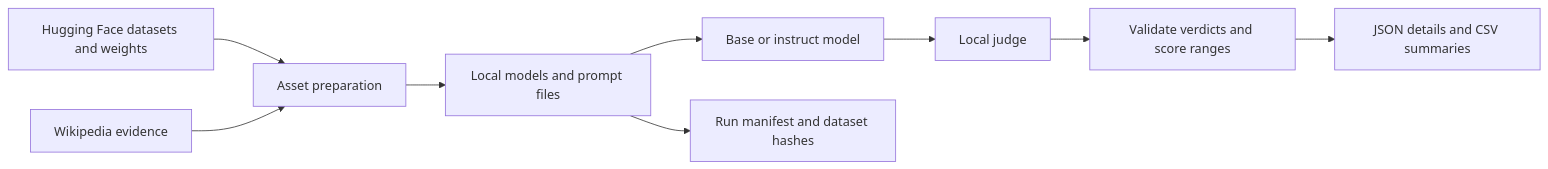
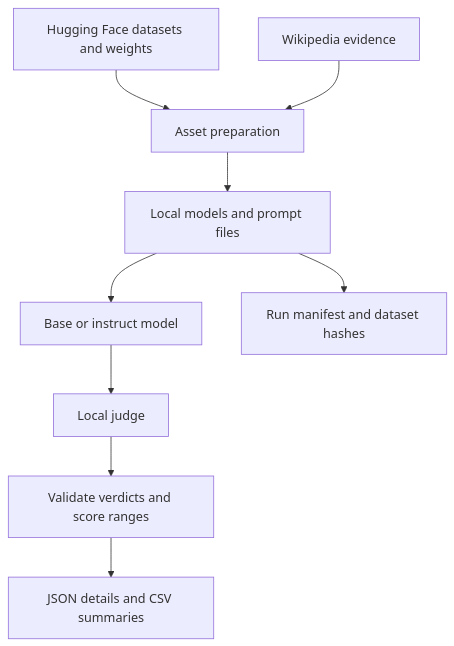
Before and after one commit to jimmy19981226/A-Multi-Dimensional-Evaluation-Framework-for-Agentic-LLMs: the diagram in README.md, drawn with Mermaid.

Commit message:
Refine README diagrams and project presentation

````diff
--- a/README.md
+++ b/README.md
@@ -39,11 +39,11 @@
 ```mermaid
-flowchart LR
+flowchart TB
     A[Hugging Face datasets and weights] --> B[Asset preparation]
     W[Wikipedia evidence] --> B
     B --> C[Local models and prompt files]
     C --> D[Base or instruct model]
     D --> E[Local judge]
     E --> F[Validate verdicts and score ranges]
     F --> G[JSON details and CSV summaries]
     C --> H[Run manifest and dataset hashes]
 ```
````
